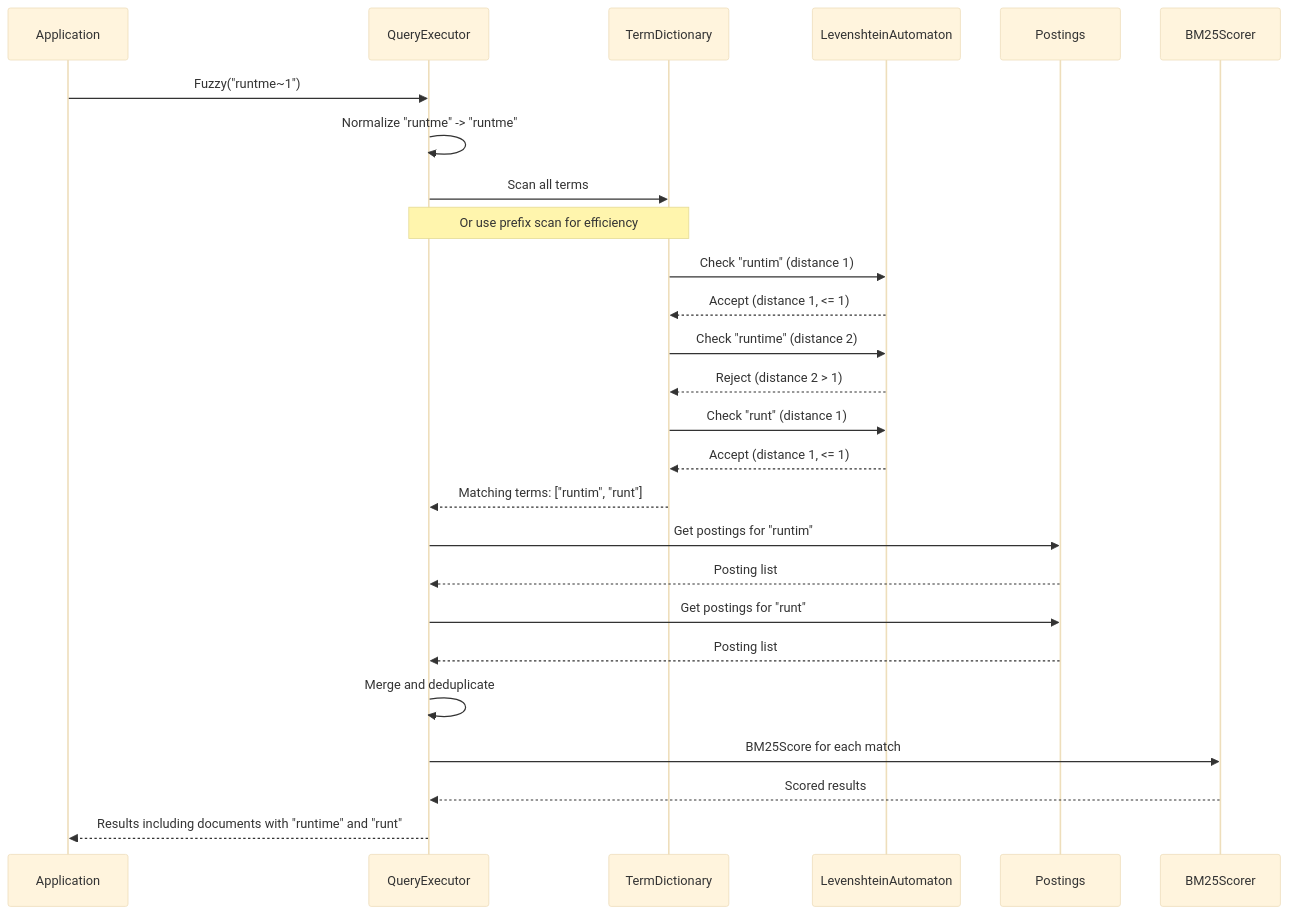
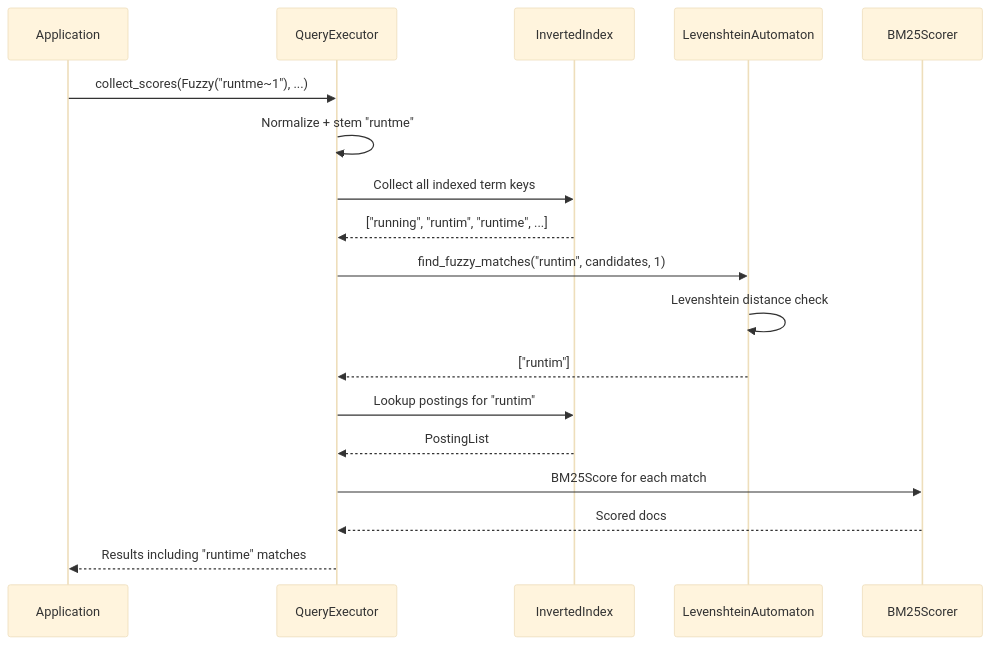
One commit to Icarus-afk/Nova-Runtime changed the eighth of 8 diagrams in docs/19-search.md. Above: the diagram before and after it, drawn with Mermaid (base theme). The commit also changed other lines of this file and 7 other files, not shown here.

First line of the commit message:
Update architecture docs to match Phase 3 implementation

````diff
--- a/docs/19-search.md
+++ b/docs/19-search.md
@@ -1683,39 +1422,27 @@
 ```mermaid
 sequenceDiagram
     participant A as Application
     participant QE as QueryExecutor
-    participant TD as TermDictionary
+    participant IX as InvertedIndex
     participant LA as LevenshteinAutomaton
-    participant PT as Postings
     participant SC as BM25Scorer
 
-    A->>QE: Fuzzy("runtme~1")
+    A->>QE: collect_scores(Fuzzy("runtme~1"), ...)
     
-    QE->>QE: Normalize "runtme" -> "runtme"
+    QE->>QE: Normalize + stem "runtme"
     
-    QE->>TD: Scan all terms
-    Note over TD,QE: Or use prefix scan for efficiency
+    QE->>IX: Collect all indexed term keys
+    IX-->>QE: ["running", "runtim", "runtime", ...]
     
-    TD->>LA: Check "runtim" (distance 1)
-    LA-->>TD: Accept (distance 1, <= 1)
+    QE->>LA: find_fuzzy_matches("runtim", candidates, 1)
+    LA->>LA: Levenshtein distance check
+    LA-->>QE: ["runtim"]
     
-    TD->>LA: Check "runtime" (distance 2)
-    LA-->>TD: Reject (distance 2 > 1)
+    QE->>IX: Lookup postings for "runtim"
+    IX-->>QE: PostingList
     
-    TD->>LA: Check "runt" (distance 1)
-    LA-->>TD: Accept (distance 1, <= 1)
+    QE->>SC: BM25Score for each match
+    SC-->>QE: Scored docs
     
-    TD-->>QE: Matching terms: ["runtim", "runt"]
-    
-    QE->>PT: Get postings for "runtim"
-    PT-->>QE: Posting list
-    
-    QE->>PT: Get postings for "runt"
-    PT-->>QE: Posting list
-    
-    QE->>QE: Merge and deduplicate
-    QE->>SC: BM25Score for each match
-    SC-->>QE: Scored results
-    
-    QE-->>A: Results including documents with "runtime" and "runt"
+    QE-->>A: Results including "runtime" matches
 ```
````
